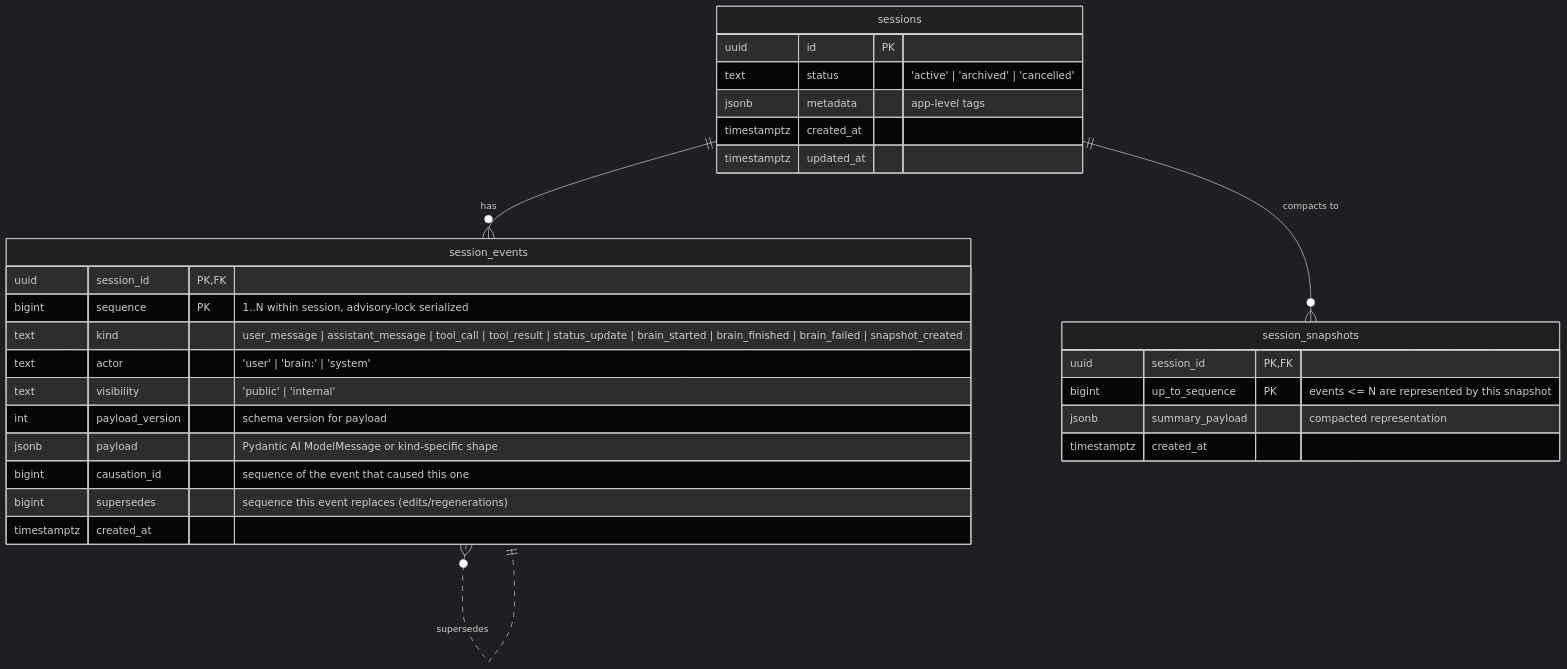
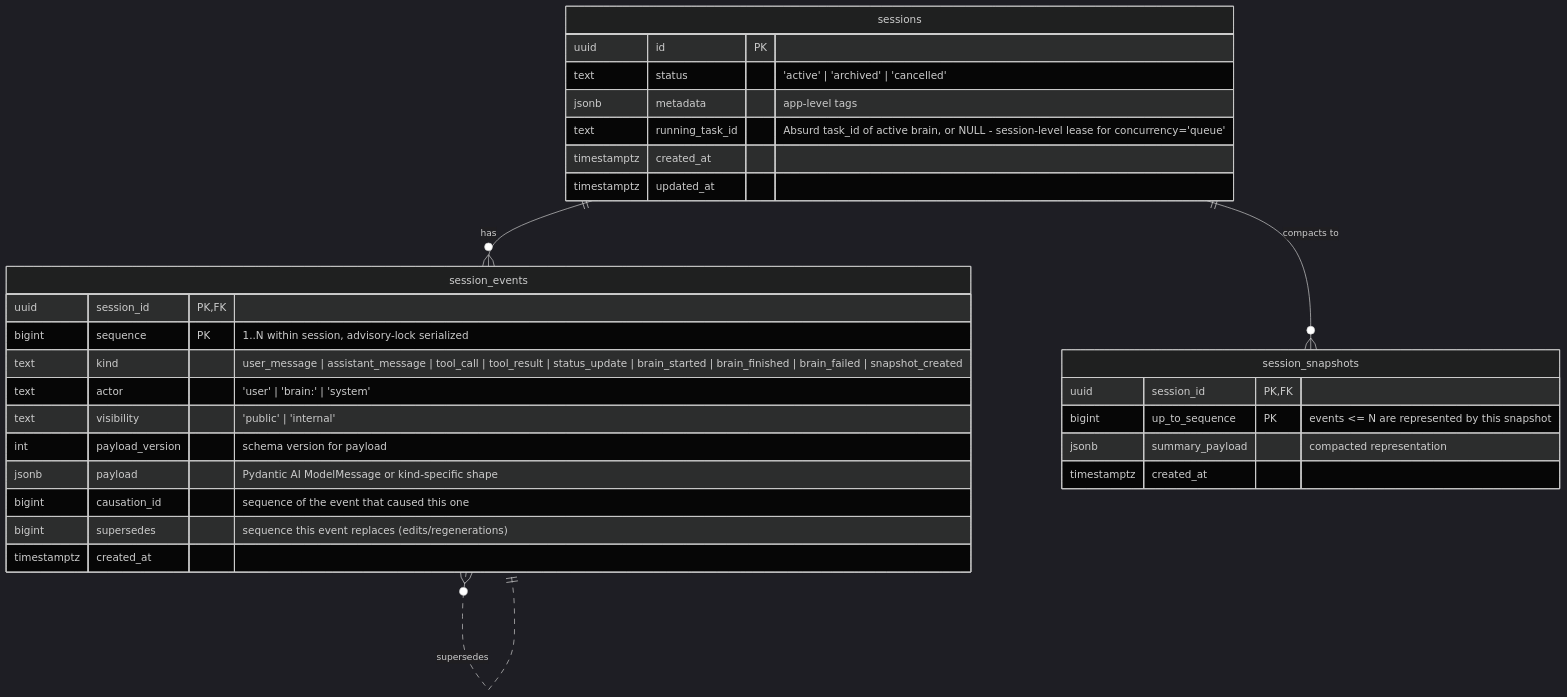
The first of 2 diagrams in src/agent-sessions/ARCHITECTURE.md (Kludex/pydantic-ai-absurd), drawn with Mermaid (dark theme) before and after one commit. The commit also changed other lines of this file and 5 other files, not shown here.

First line of the commit message:
Replace session-level advisory lock with a row-level lease

````diff
--- a/src/agent-sessions/ARCHITECTURE.md
+++ b/src/agent-sessions/ARCHITECTURE.md
@@ -16,35 +16,36 @@
 ```mermaid
 erDiagram
     sessions ||--o{ session_events : "has"
     sessions ||--o{ session_snapshots : "compacts to"
     session_events }o..|| session_events : "causation_id"
     session_events }o..|| session_events : "supersedes"
 
     sessions {
         uuid id PK
         text status "'active' | 'archived' | 'cancelled'"
         jsonb metadata "app-level tags"
+        text running_task_id "Absurd task_id of active brain, or NULL - session-level lease for concurrency='queue'"
         timestamptz created_at
         timestamptz updated_at
     }
 
     session_events {
         uuid session_id PK,FK
         bigint sequence PK "1..N within session, advisory-lock serialized"
         text kind "user_message | assistant_message | tool_call | tool_result | status_update | brain_started | brain_finished | brain_failed | snapshot_created"
         text actor "'user' | 'brain:<name>' | 'system'"
         text visibility "'public' | 'internal'"
         int payload_version "schema version for payload"
         jsonb payload "Pydantic AI ModelMessage or kind-specific shape"
         bigint causation_id "sequence of the event that caused this one"
         bigint supersedes "sequence this event replaces (edits/regenerations)"
         timestamptz created_at
     }
 
     session_snapshots {
         uuid session_id PK,FK
         bigint up_to_sequence PK "events <= N are represented by this snapshot"
         jsonb summary_payload "compacted representation"
         timestamptz created_at
     }
 ```
````
